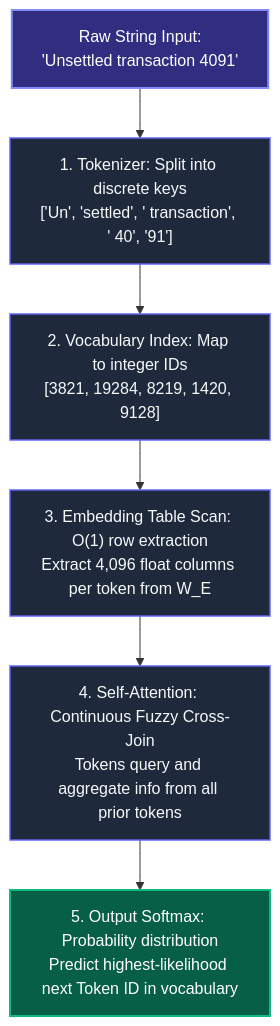
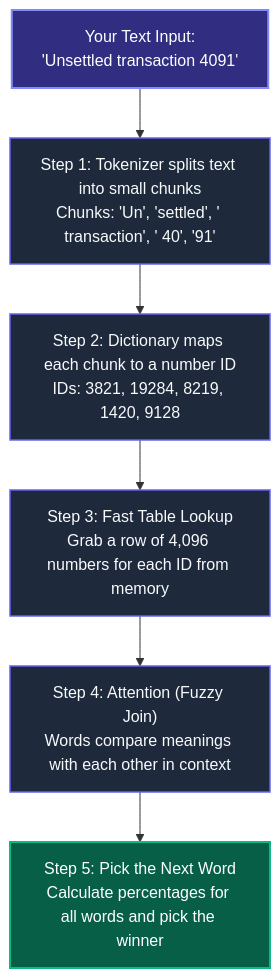
The second of 4 diagrams in chapter_00_sql_to_ai_rosetta_stone.md (bidya271/ai-handbook), drawn with Mermaid before and after one commit. The commit also changed other lines of this file and 12 other files, not shown here.

````diff
--- a/chapter_00_sql_to_ai_rosetta_stone.md
+++ b/chapter_00_sql_to_ai_rosetta_stone.md
@@ -55,14 +55,14 @@
 ```mermaid
 flowchart TD
-    A["Raw String Input:<br/>'Unsettled transaction 4091'"] --> B["1. Tokenizer: Split into discrete keys<br/>['Un', 'settled', ' transaction', ' 40', '91']"]
-    B --> C["2. Vocabulary Index: Map to integer IDs<br/>[3821, 19284, 8219, 1420, 9128]"]
-    C --> D["3. Embedding Table Scan: O(1) row extraction<br/>Extract 4,096 float columns per token from W_E"]
-    D --> E["4. Self-Attention: Continuous Fuzzy Cross-Join<br/>Tokens query and aggregate info from all prior tokens"]
-    E --> F["5. Output Softmax: Probability distribution<br/>Predict highest-likelihood next Token ID in vocabulary"]
+    A["Your Text Input:<br/>'Unsettled transaction 4091'"] --> B["Step 1: Tokenizer splits text into small chunks<br/>Chunks: 'Un', 'settled', ' transaction', ' 40', '91'"]
+    B --> C["Step 2: Dictionary maps each chunk to a number ID<br/>IDs: 3821, 19284, 8219, 1420, 9128"]
+    C --> D["Step 3: Fast Table Lookup<br/>Grab a row of 4,096 numbers for each ID from memory"]
+    D --> E["Step 4: Attention (Fuzzy Join)<br/>Words compare meanings with each other in context"]
+    E --> F["Step 5: Pick the Next Word<br/>Calculate percentages for all words and pick the winner"]
 
     classDef default fill:#1e293b,stroke:#6366f1,stroke-width:1.5px,color:#f8fafc;
     classDef startNode fill:#312e81,stroke:#818cf8,stroke-width:2px,color:#ffffff;
     classDef endNode fill:#065f46,stroke:#10b981,stroke-width:2px,color:#ffffff;
     class A startNode;
     class F endNode;
 ```
````
